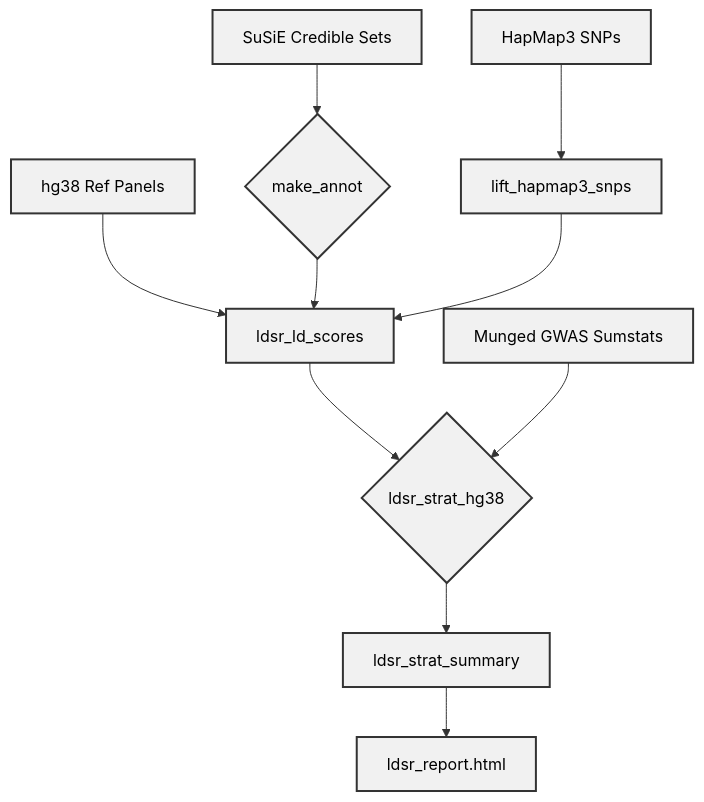
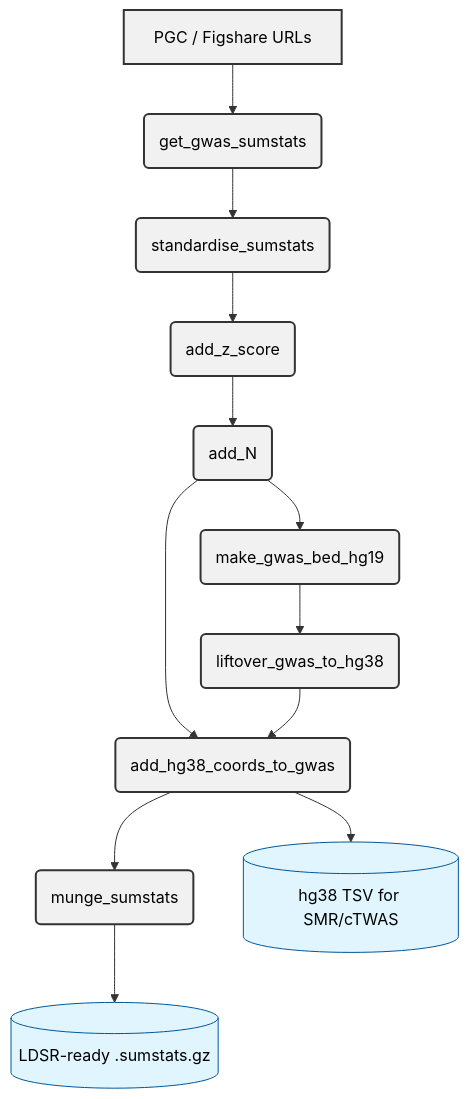
The diagram in pipelines/07-prep-GWAS.qmd (Dazcam/eQTL_study_2025), drawn with Mermaid before and after one commit. The commit also changed other lines of this file, not shown here.

````diff
--- a/pipelines/07-prep-GWAS.qmd
+++ b/pipelines/07-prep-GWAS.qmd
@@ -15,18 +13,20 @@
 ```{mermaid}
 graph TD
-    %% Define the style once
     classDef snazzy fill:#f1f1f1,stroke:#333,stroke-width:2px,color:#000;
+    classDef out fill:#e1f5fe,stroke:#01579b,color:#000;
 
-    A[SuSiE Credible Sets] --> B{make_annot}
-    C[hg38 Ref Panels] --> D[ldsr_ld_scores]
-    B --> D
-    E[HapMap3 SNPs] --> F[lift_hapmap3_snps]
-    F --> D
-    D --> G{ldsr_strat_hg38}
-    H[Munged GWAS Sumstats] --> G
-    G --> I[ldsr_strat_summary]
-    I --> J[ldsr_report.html]
+    A[PGC / Figshare URLs] --> B(get_gwas_sumstats)
+    B --> C(standardise_sumstats)
+    C --> D(add_z_score)
+    D --> E(add_N)
+    E --> F(make_gwas_bed_hg19)
+    F --> G(liftover_gwas_to_hg38)
+    E --> H(add_hg38_coords_to_gwas)
+    G --> H
+    H --> I(munge_sumstats)
+    I --> J[(LDSR-ready .sumstats.gz)]
+    H --> K[(hg38 TSV for SMR/cTWAS)]
 
-   %% Apply the style to all boxes
-    class A,B,C,D,E,F,G,H,I,J snazzy
+    class A,B,C,D,E,F,G,H,I snazzy
+    class J,K out
 ```
````
